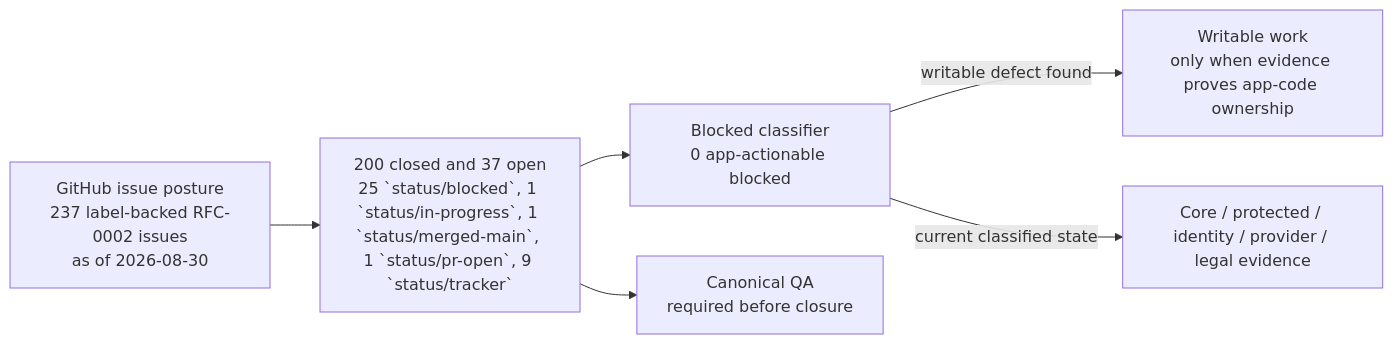
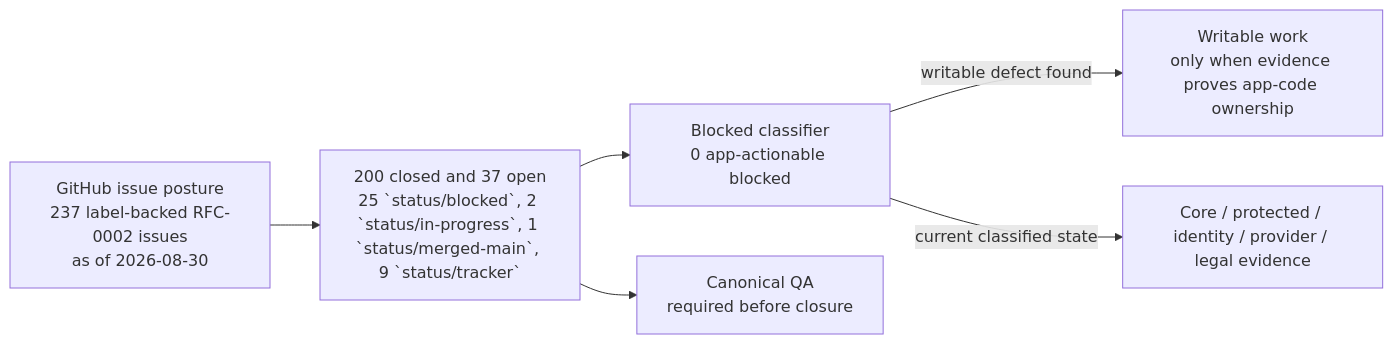
One commit to sgajbi/lotus-idea changed the first of 2 diagrams in wiki/RFC-0002-Execution-Status.md. Above: the diagram before and after it, drawn with Mermaid. The commit also changed other lines of this file and 11 other files, not shown here.

````diff
--- a/wiki/RFC-0002-Execution-Status.md
+++ b/wiki/RFC-0002-Execution-Status.md
@@ -41,15 +48,15 @@
 ```mermaid
 flowchart LR
     Issues["GitHub issue posture<br/>237 label-backed RFC-0002 issues<br/>as of 2026-08-30"]
-    Open["200 closed and 37 open<br/>25 `status/blocked`, 1 `status/in-progress`, 1 `status/merged-main`, 1 `status/pr-open`, 9 `status/tracker`"]
+    Open["200 closed and 37 open<br/>25 `status/blocked`, 2 `status/in-progress`, 1 `status/merged-main`, 9 `status/tracker`"]
     Blocked["Blocked classifier<br/>0 app-actionable blocked"]
     Work["Writable work<br/>only when evidence proves app-code ownership"]
     External["Core / protected / identity / provider / legal evidence"]
     QA["Canonical QA<br/>required before closure"]
 
     Issues --> Open
     Open --> Blocked
     Blocked -->|"writable defect found"| Work
     Blocked -->|"current classified state"| External
     Open --> QA
 ```
````
